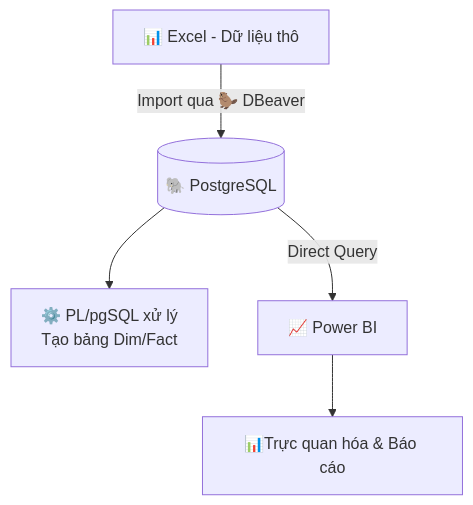
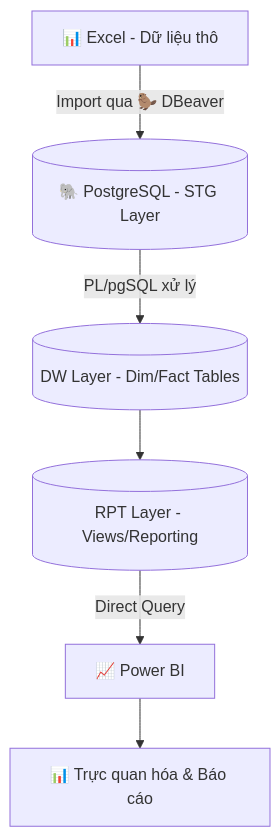
One commit to Dungkdl/Finance-Report changed the diagram in README.md. Above: the diagram before and after it, drawn with Mermaid.

````diff
--- a/README.md
+++ b/README.md
@@ -26,7 +26,9 @@
 ```mermaid
 flowchart TD
-    A[📊 Excel - Dữ liệu thô] -->|Import qua 🦫 DBeaver| B[(🐘 PostgreSQL)]
-    B --> C[⚙️ PL/pgSQL xử lý<br/>Tạo bảng Dim/Fact]
-    B -->|Direct Query| D[📈 Power BI]
-    D --> E[📊Trực quan hóa & Báo cáo]
+    A[📊 Excel - Dữ liệu thô] -->|Import qua 🦫 DBeaver| B[(🐘 PostgreSQL - STG Layer)]
+    B -->|PL/pgSQL xử lý| C[(DW Layer - Dim/Fact Tables)]
+    C --> D[(RPT Layer - Views/Reporting)]
+    D -->|Direct Query| E[📈 Power BI]
+    E --> F[📊 Trực quan hóa & Báo cáo]
+
 ```
````
